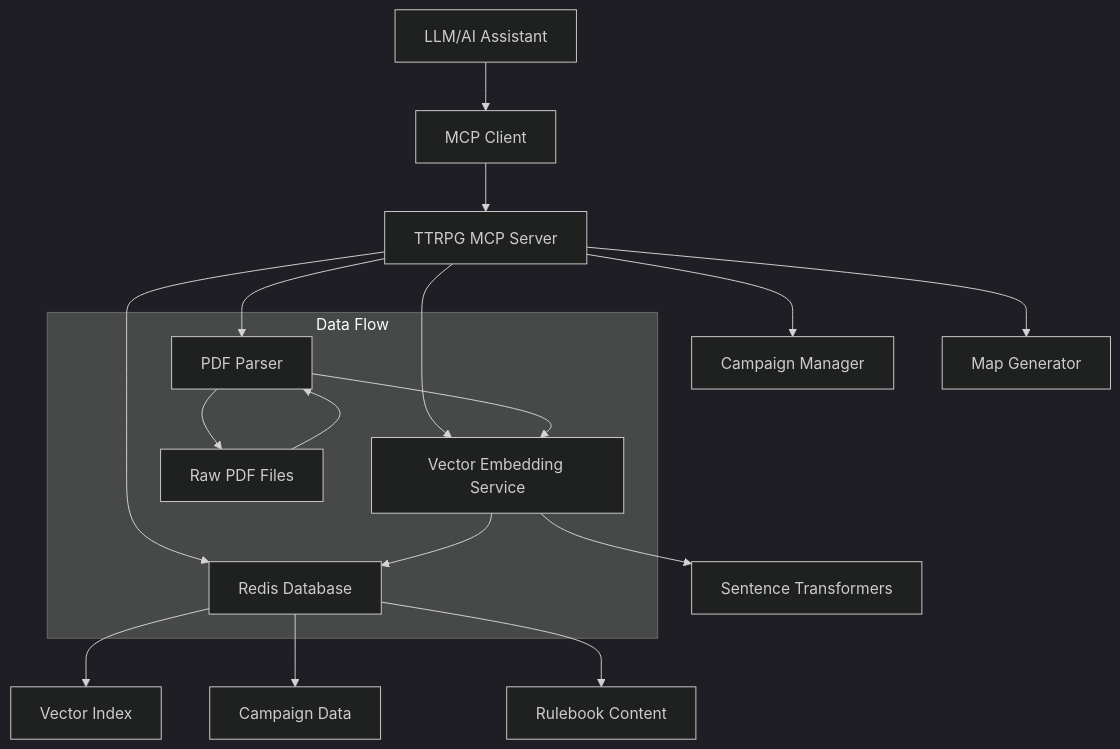
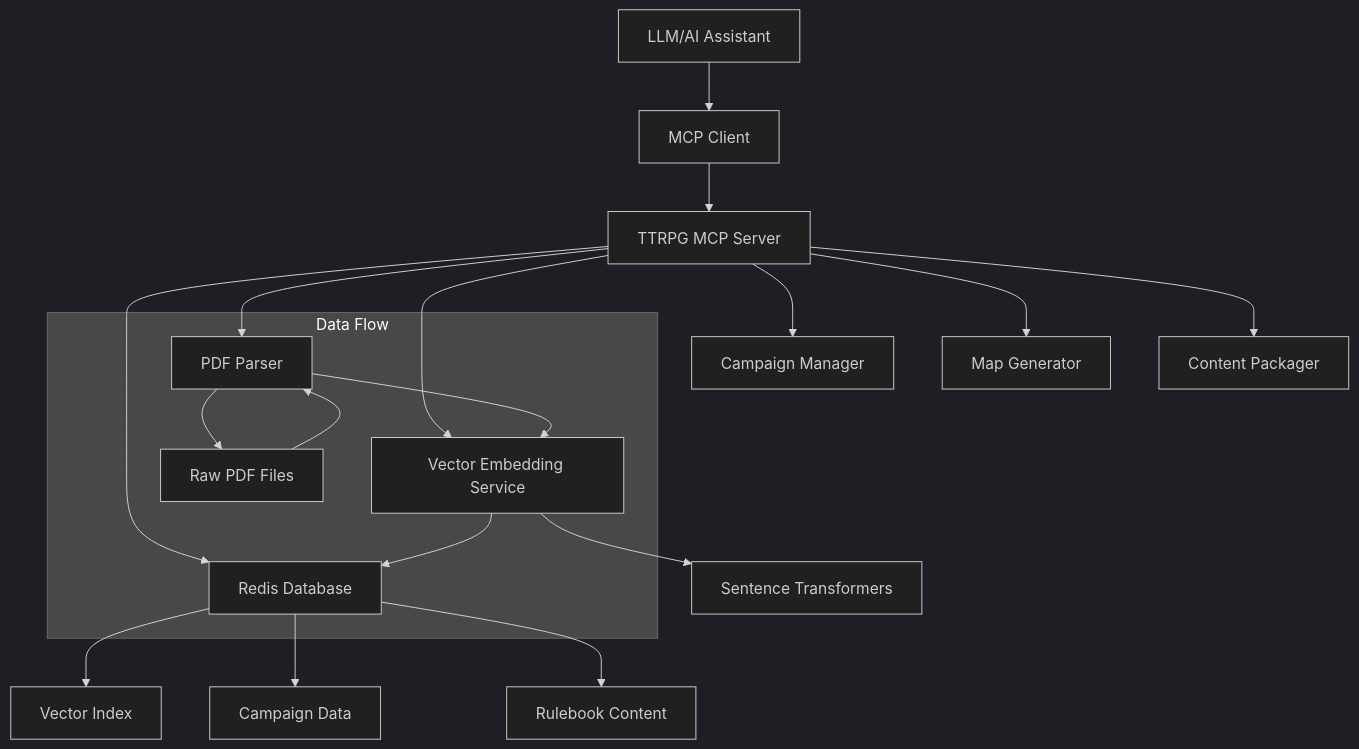
Before and after one commit to Raudbjorn/mcp-dm-gemini: the diagram in design.md, drawn with Mermaid (dark theme). The commit also changed other lines of this file and 10 other files, not shown here.

````diff
--- a/design.md
+++ b/design.md
@@ -11,22 +11,23 @@
 ```mermaid
 graph TB
     A[LLM/AI Assistant] --> B[MCP Client]
     B --> C[TTRPG MCP Server]
     C --> D[PDF Parser]
     C --> E[Vector Embedding Service]
     C --> F[Redis Database]
     C --> G[Campaign Manager]
     C --> M[Map Generator]
+    C --> N[Content Packager]
     
     D --> H[Raw PDF Files]
     E --> I[Sentence Transformers]
     F --> J[Vector Index]
     F --> K[Campaign Data]
     F --> L[Rulebook Content]
     
     subgraph "Data Flow"
         H --> D
         D --> E
         E --> F
     end
 ```
````
